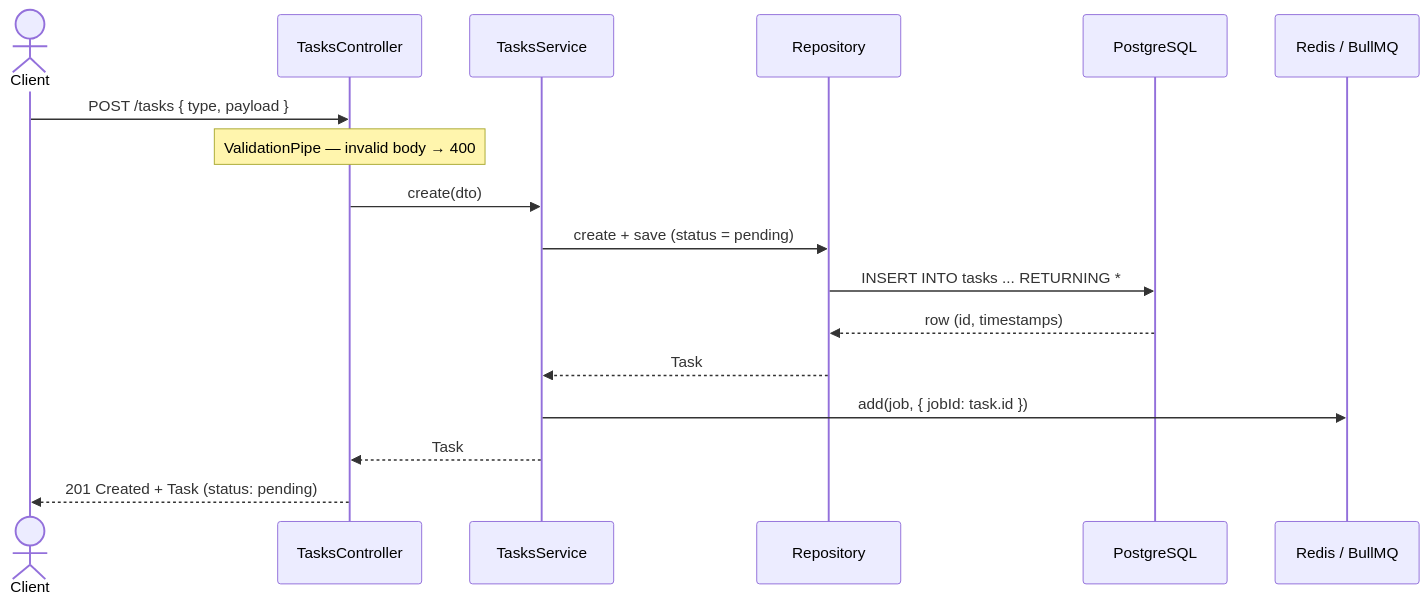
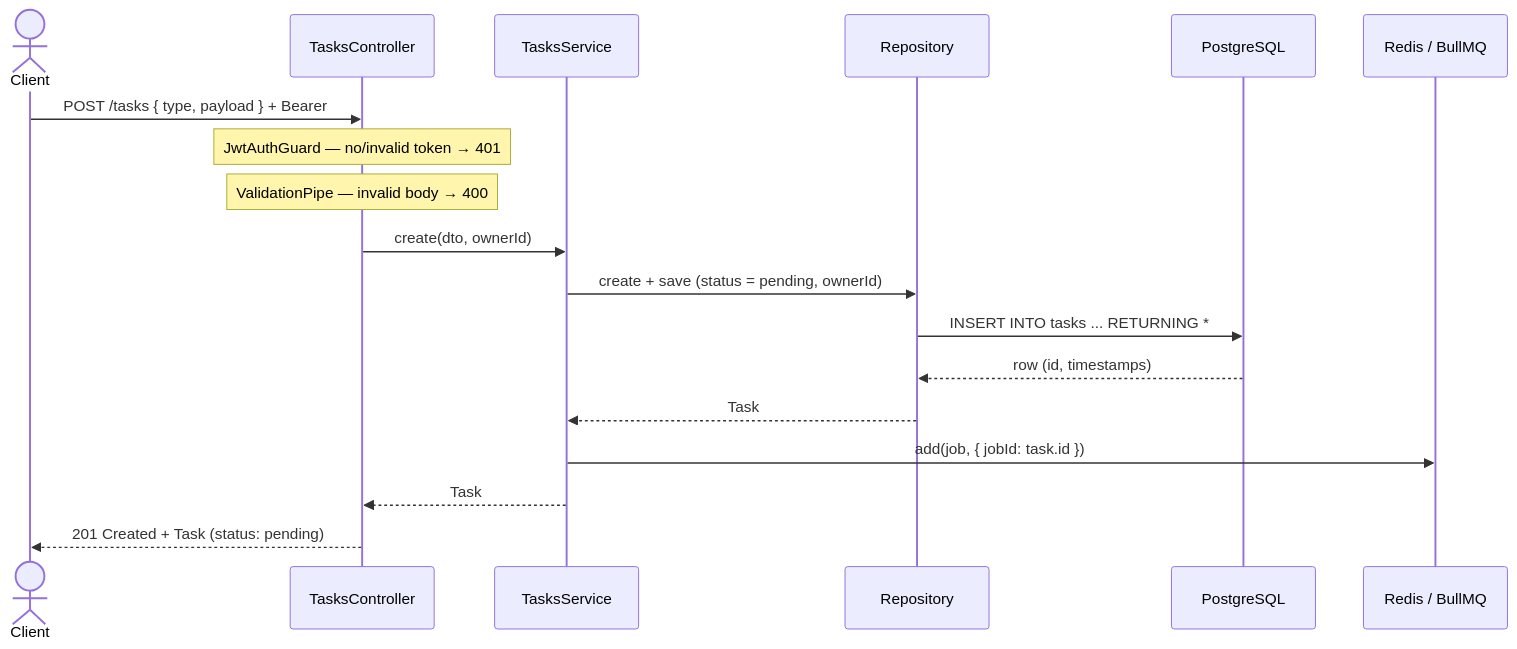
The second of 5 diagrams in docs/architecture.md (AnaMuraya/conveyor), drawn with Mermaid before and after one commit. The commit also changed other lines of this file and 37 other files, not shown here.

````diff
--- a/docs/architecture.md
+++ b/docs/architecture.md
@@ -66,20 +79,21 @@
 ```mermaid
 sequenceDiagram
   actor Client
   participant C as TasksController
   participant S as TasksService
   participant R as Repository
   participant DB as PostgreSQL
   participant Q as Redis / BullMQ
 
-  Client->>C: POST /tasks { type, payload }
+  Client->>C: POST /tasks { type, payload } + Bearer
+  Note over C: JwtAuthGuard — no/invalid token → 401
   Note over C: ValidationPipe — invalid body → 400
-  C->>S: create(dto)
-  S->>R: create + save (status = pending)
+  C->>S: create(dto, ownerId)
+  S->>R: create + save (status = pending, ownerId)
   R->>DB: INSERT INTO tasks ... RETURNING *
   DB-->>R: row (id, timestamps)
   R-->>S: Task
   S->>Q: add(job, { jobId: task.id })
   S-->>C: Task
   C-->>Client: 201 Created + Task (status: pending)
 ```
````
